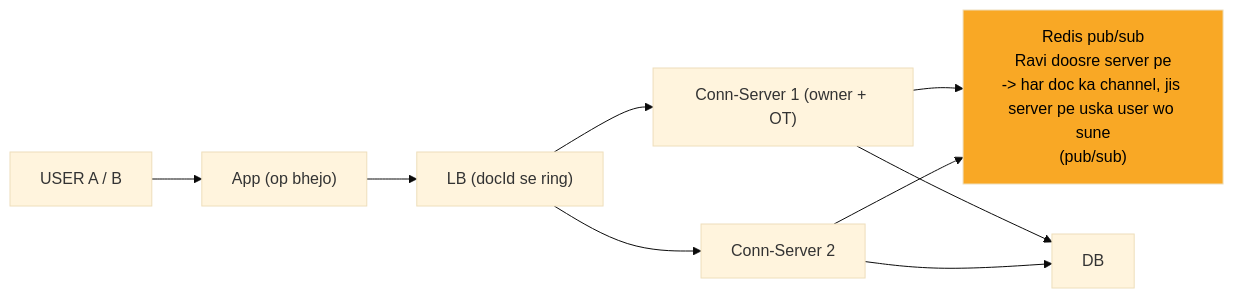
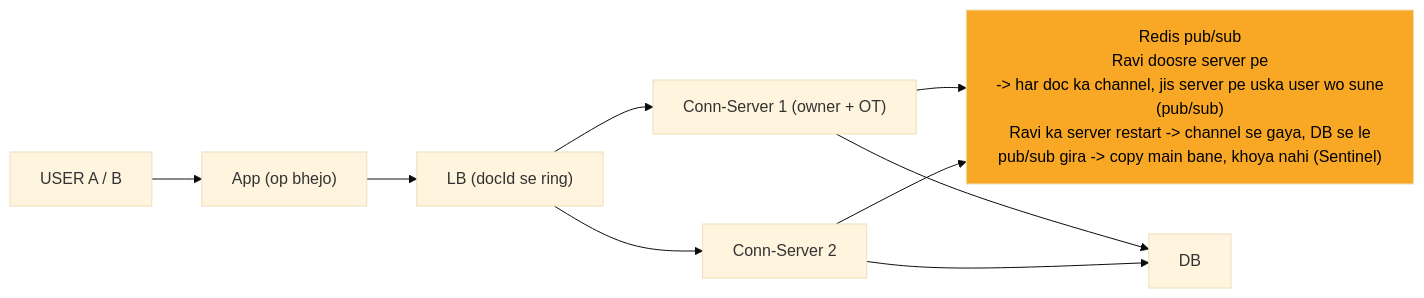
The sixth of 10 diagrams in 04_HLD/SYSTEM_DESIGNS/11_google_docs_collab/11_google_docs_collab.md (ArpanMaheshwari144/Prep), drawn with Mermaid (base theme) before and after one commit. The commit also changed other lines of this file and 12 other files, not shown here.

Commit message:
hld 02-14: peele dabbe me SAFAR ke mod + diagram chauda (wrappingWidth 450)

````diff
--- a/04_HLD/SYSTEM_DESIGNS/11_google_docs_collab/11_google_docs_collab.md
+++ b/04_HLD/SYSTEM_DESIGNS/11_google_docs_collab/11_google_docs_collab.md
@@ -210,19 +215,20 @@
 ```mermaid
+%%{init: {"flowchart": {"wrappingWidth": 450}}}%%
 flowchart LR
     n_USER["USER A / B"]
     n_App["App (op bhejo)"]
     n_LB["LB (docId se ring)"]
     n_CS1["Conn-Server 1 (owner + OT)"]
     n_CS2["Conn-Server 2"]
-    n_PS["Redis pub/sub<br/>Ravi doosre server pe<br/>-> har doc ka channel, jis server pe uska user wo sune<br/>(pub/sub)"]
+    n_PS["Redis pub/sub<br/>Ravi doosre server pe<br/>-> har doc ka channel, jis server pe uska user wo sune<br/>(pub/sub)<br/>Ravi ka server restart -> channel se gaya, DB se le<br/>pub/sub gira -> copy main bane, khoya nahi (Sentinel)"]
     n_DB["DB"]
     n_USER --> n_App
     n_App --> n_LB
     n_LB --> n_CS1
     n_LB --> n_CS2
     n_CS1 --> n_PS
     n_CS2 --> n_PS
     n_CS1 --> n_DB
     n_CS2 --> n_DB
     style n_PS fill:#f9a825,color:#000
 ```
````
